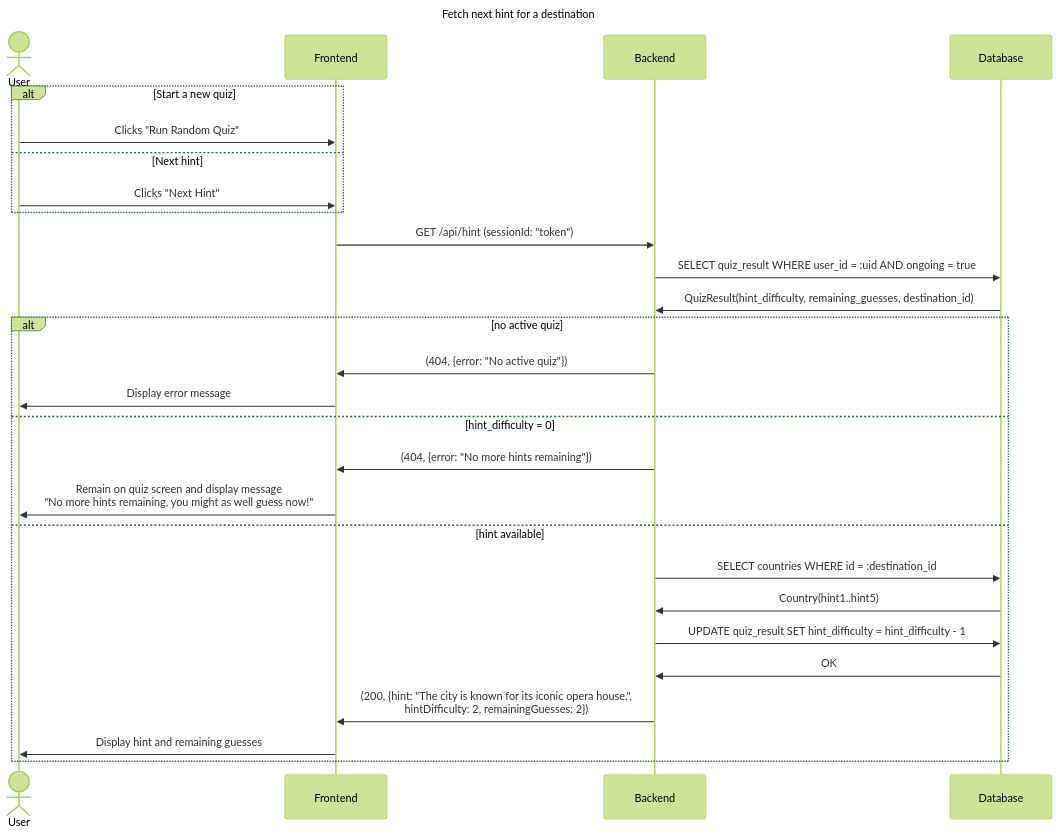
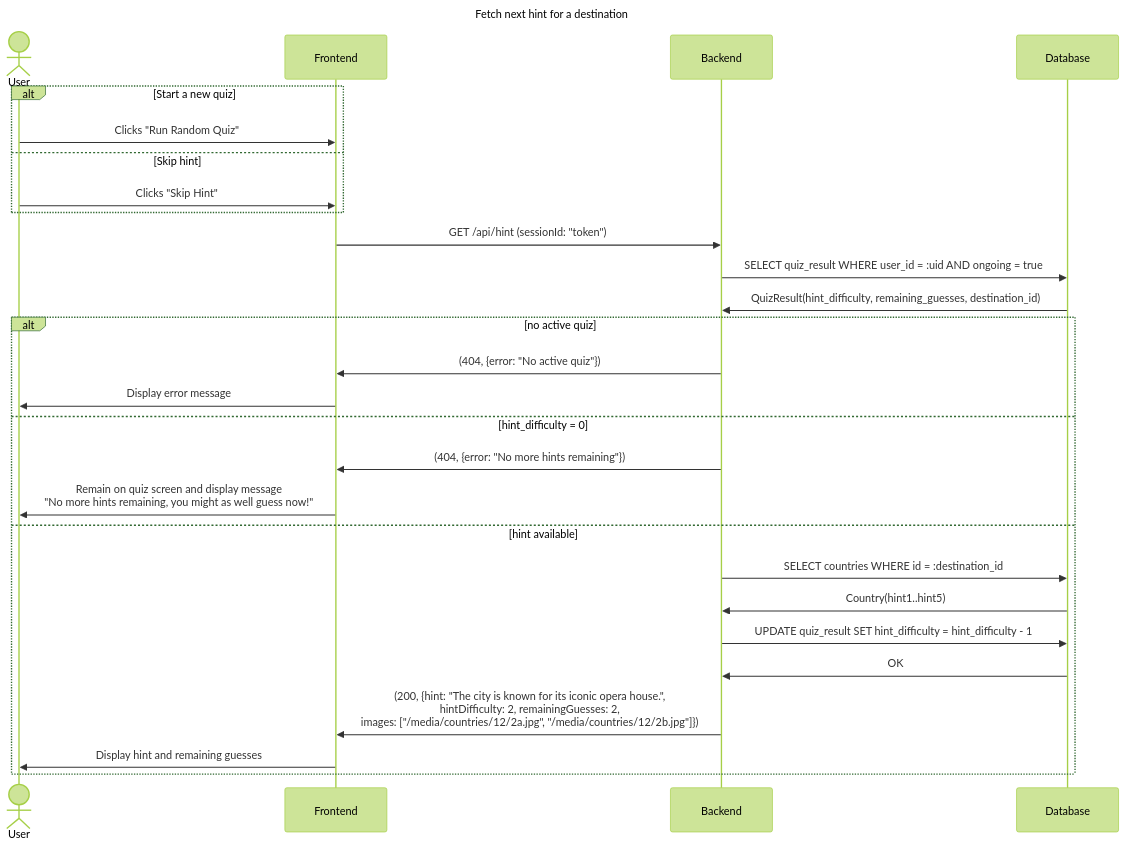
One commit to fylke/quizzler changed the diagram in docs/hint.md. Above: the diagram before and after it, drawn with Mermaid (forest theme). The commit also changed other lines of this file and 3 other files, not shown here.

Commit message:
Fix hint review images and document behavior

````diff
--- a/docs/hint.md
+++ b/docs/hint.md
@@ -1,35 +1,35 @@
 ```mermaid
 sequenceDiagram
     title Fetch next hint for a destination
 
     actor User
     participant Frontend
     participant Backend
     participant Database
 
     alt Start a new quiz
         User->>Frontend: Clicks "Run Random Quiz"
-    else Next hint
-        User->>Frontend: Clicks "Next Hint"
+    else Skip hint
+        User->>Frontend: Clicks "Skip Hint"
     end
 
     Frontend->>Backend: GET /api/hint (sessionId: "token")
 
     Backend->>Database: SELECT quiz_result WHERE user_id = :uid AND ongoing = true
     Database->>Backend: QuizResult(hint_difficulty, remaining_guesses, destination_id)
 
     alt no active quiz
         Backend->>Frontend: (404, {error: "No active quiz"})
         Frontend->>User: Display error message
     else hint_difficulty = 0
         Backend->>Frontend: (404, {error: "No more hints remaining"})
         Frontend->>User: Remain on quiz screen and display message<br/>"No more hints remaining, you might as well guess now!"
     else hint available
         Backend->>Database: SELECT countries WHERE id = :destination_id
         Database->>Backend: Country(hint1..hint5)
         Backend->>Database: UPDATE quiz_result SET hint_difficulty = hint_difficulty - 1
         Database->>Backend: OK
-        Backend->>Frontend: (200, {hint: "The city is known for its iconic opera house.",<br/>hintDifficulty: 2, remainingGuesses: 2})
+        Backend->>Frontend: (200, {hint: "The city is known for its iconic opera house.",<br/>hintDifficulty: 2, remainingGuesses: 2,<br/>images: ["/media/countries/12/2a.jpg", "/media/countries/12/2b.jpg"]})
         Frontend->>User: Display hint and remaining guesses
     end
 ```
````
